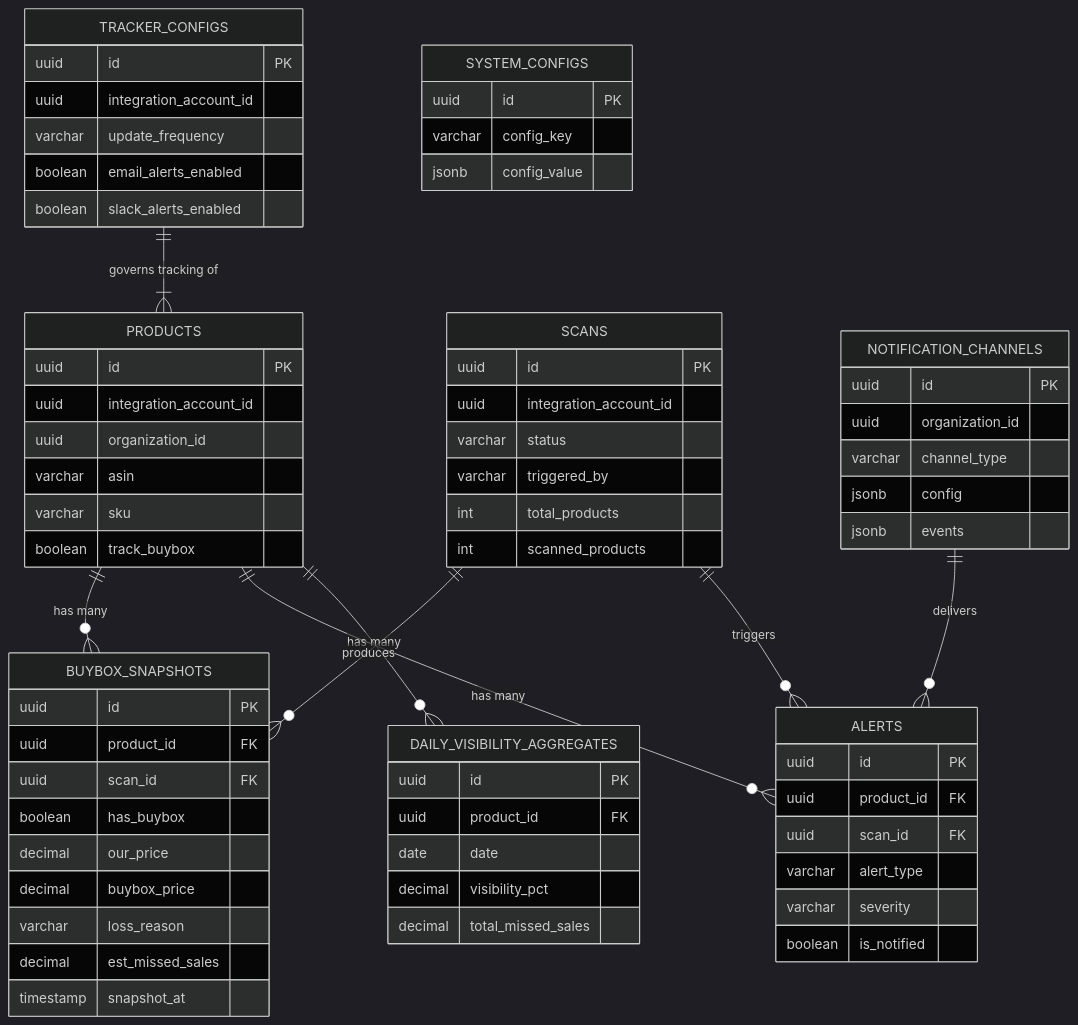
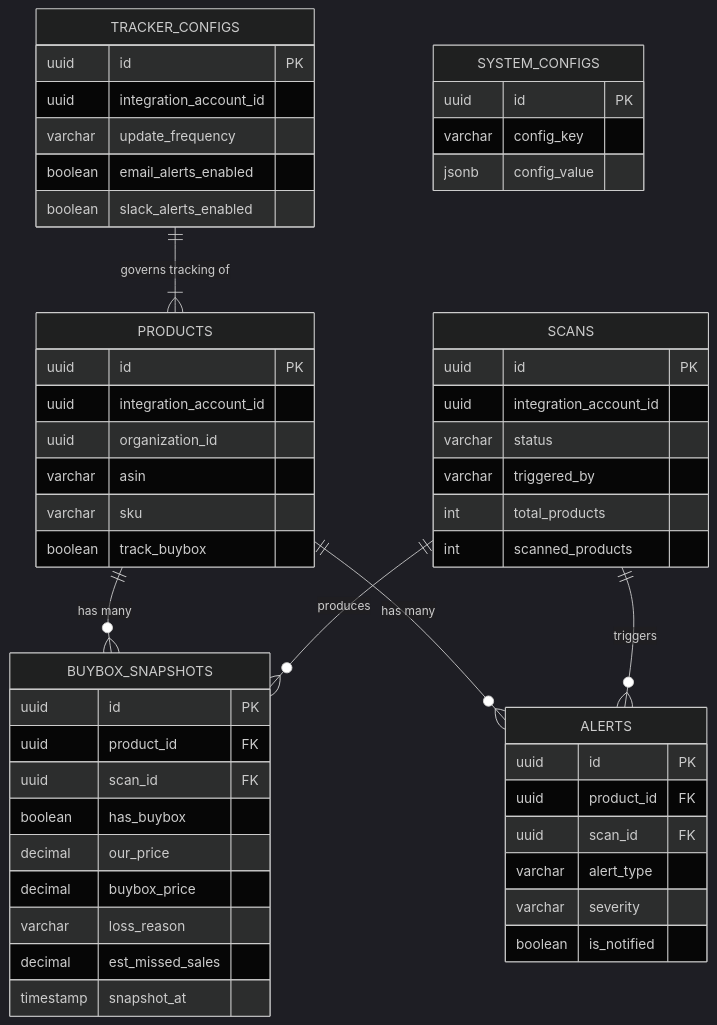
Before and after one commit to salesduo-arnav/sd-buybox: the sixth of 6 diagrams in docs/flow_diagrams.md, drawn with Mermaid (dark theme). The commit also changed other lines of this file and 4 other files, not shown here.

````diff
--- a/docs/flow_diagrams.md
+++ b/docs/flow_diagrams.md
@@ -200,79 +197,61 @@
 ```mermaid
 erDiagram
     PRODUCTS ||--o{ BUYBOX_SNAPSHOTS : "has many"
     PRODUCTS ||--o{ ALERTS : "has many"
-    PRODUCTS ||--o{ DAILY_VISIBILITY_AGGREGATES : "has many"
     SCANS ||--o{ BUYBOX_SNAPSHOTS : "produces"
     SCANS ||--o{ ALERTS : "triggers"
     TRACKER_CONFIGS ||--|{ PRODUCTS : "governs tracking of"
-    NOTIFICATION_CHANNELS ||--o{ ALERTS : "delivers"
 
     PRODUCTS {
         uuid id PK
         uuid integration_account_id
         uuid organization_id
         varchar asin
         varchar sku
         boolean track_buybox
     }
 
     BUYBOX_SNAPSHOTS {
         uuid id PK
         uuid product_id FK
         uuid scan_id FK
         boolean has_buybox
         decimal our_price
         decimal buybox_price
         varchar loss_reason
         decimal est_missed_sales
         timestamp snapshot_at
     }
 
     SCANS {
         uuid id PK
         uuid integration_account_id
         varchar status
         varchar triggered_by
         int total_products
         int scanned_products
     }
 
     ALERTS {
         uuid id PK
         uuid product_id FK
         uuid scan_id FK
         varchar alert_type
         varchar severity
         boolean is_notified
     }
 
     TRACKER_CONFIGS {
         uuid id PK
         uuid integration_account_id
         varchar update_frequency
         boolean email_alerts_enabled
         boolean slack_alerts_enabled
     }
 
-    NOTIFICATION_CHANNELS {
-        uuid id PK
-        uuid organization_id
-        varchar channel_type
-        jsonb config
-        jsonb events
-    }
-
-    DAILY_VISIBILITY_AGGREGATES {
-        uuid id PK
-        uuid product_id FK
-        date date
-        decimal visibility_pct
-        decimal total_missed_sales
-    }
-
     SYSTEM_CONFIGS {
         uuid id PK
         varchar config_key
         jsonb config_value
     }
 ```
````
